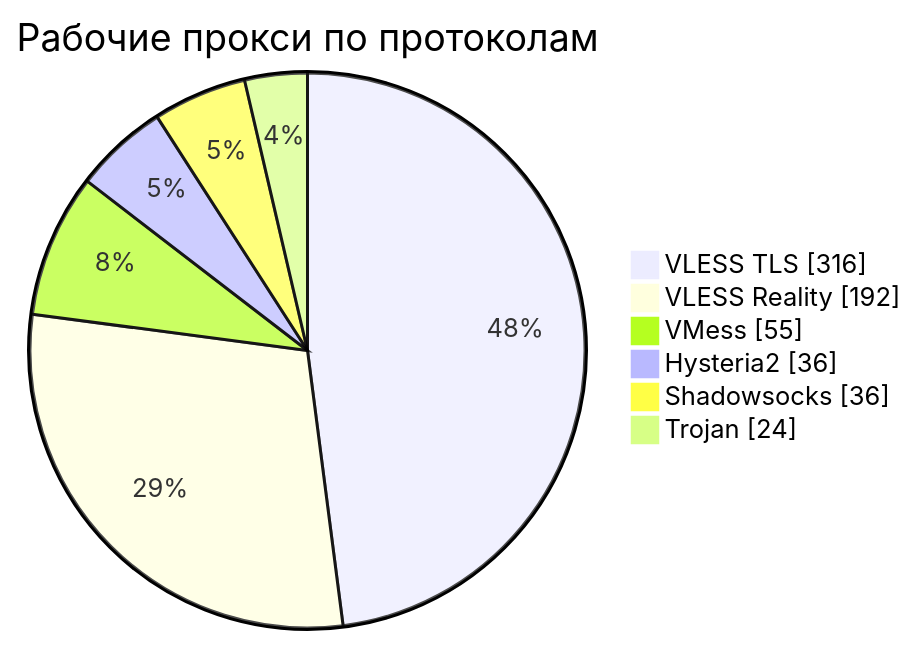
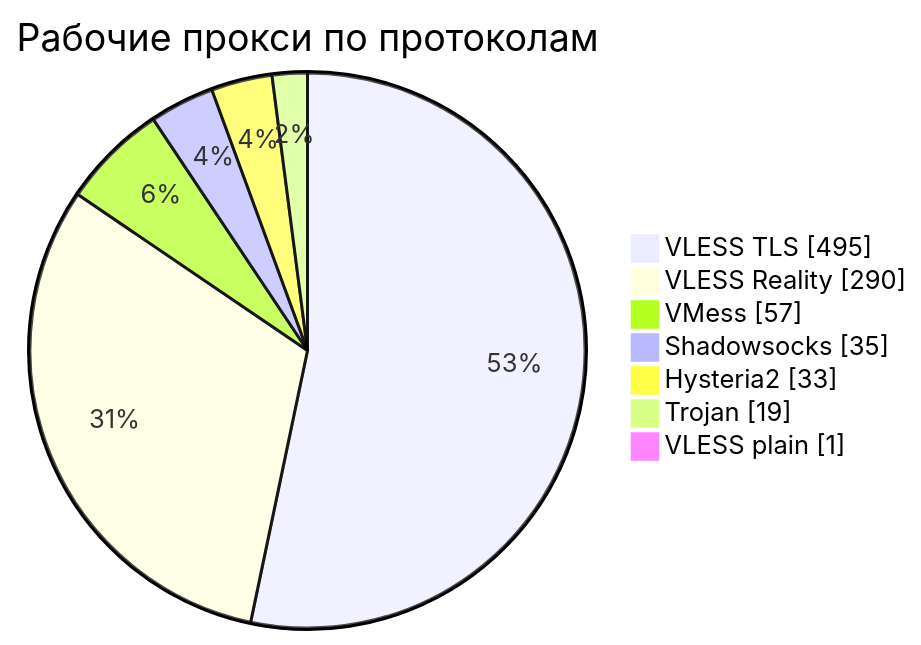
One commit to rvvg/proxy-subs changed the third of 4 diagrams in README.md. Above: the diagram before and after it, drawn with Mermaid. The commit also changed other lines of this file and 49 other files, not shown here.

````diff
--- a/README.md
+++ b/README.md
@@ -137,10 +138,11 @@
 ```mermaid
 pie showData
     title Рабочие прокси по протоколам
-    "VLESS TLS" : 316
-    "VLESS Reality" : 192
-    "VMess" : 55
-    "Hysteria2" : 36
-    "Shadowsocks" : 36
-    "Trojan" : 24
+    "VLESS TLS" : 495
+    "VLESS Reality" : 290
+    "VMess" : 57
+    "Shadowsocks" : 35
+    "Hysteria2" : 33
+    "Trojan" : 19
+    "VLESS plain" : 1
 ```
````
